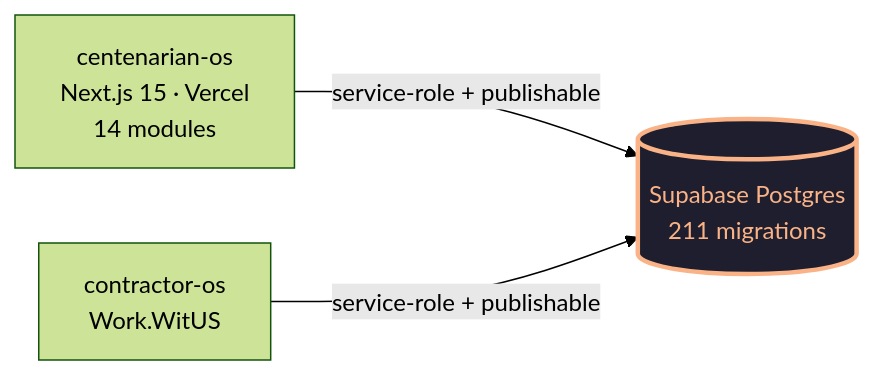
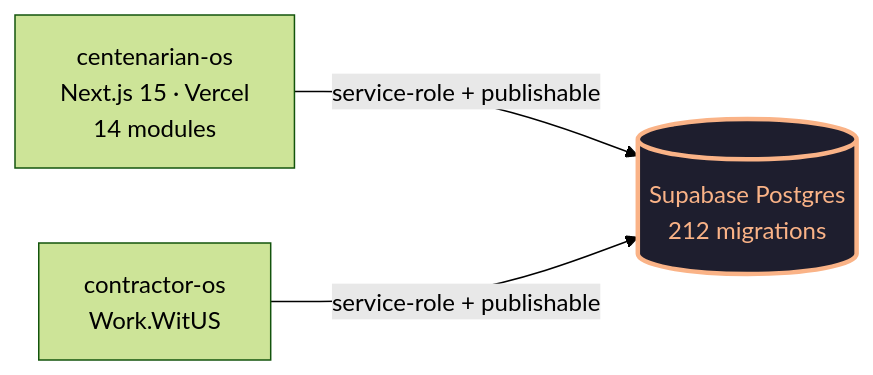
Before and after one commit to dapperAuteur/centenarian-os: the diagram in README.md, drawn with Mermaid (forest theme). The commit also changed other lines of this file and 6 other files, not shown here.

````diff
--- a/README.md
+++ b/README.md
@@ -27,12 +27,12 @@
 ```mermaid
 flowchart LR
   classDef shared fill:#1e1e2e,stroke:#fab387,color:#fab387,stroke-width:3px
   classDef external fill:#11111b,stroke:#a6adc8,color:#a6adc8
 
   CentOS[centenarian-os<br/>Next.js 15 · Vercel<br/>14 modules]
   Contractor[contractor-os<br/>Work.WitUS]
-  DB[(Supabase Postgres<br/>211 migrations)]:::shared
+  DB[(Supabase Postgres<br/>212 migrations)]:::shared
 
   CentOS -->|service-role + publishable| DB
   Contractor -->|service-role + publishable| DB
 ```
````
